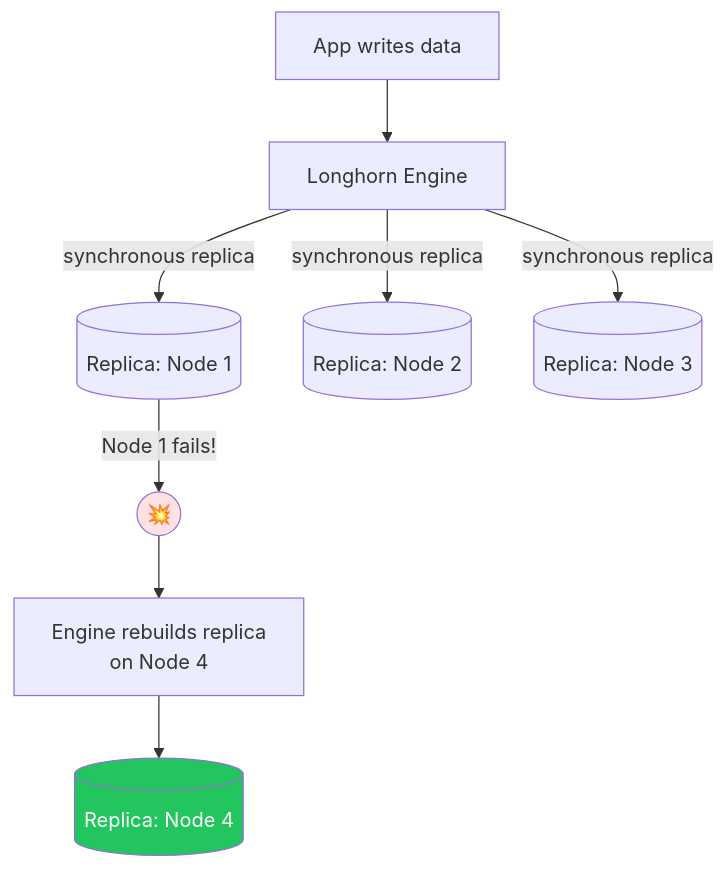
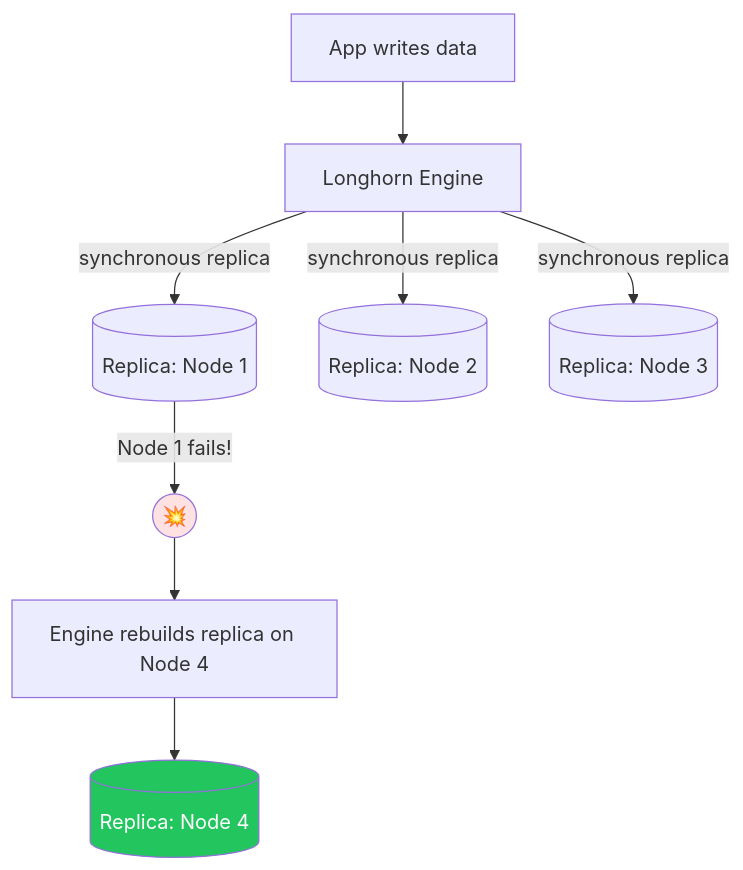
Before and after one commit to UncleJS/course_k3s: the third of 4 diagrams in 05_storage/03_longhorn_setup.md, drawn with Mermaid. The commit also changed other lines of this file and 57 other files, not shown here.

````diff
--- a/05_storage/03_longhorn_setup.md
+++ b/05_storage/03_longhorn_setup.md
@@ -254,14 +254,14 @@
 ```mermaid
 flowchart TD
     WRITE[App writes data] --> ENG[Longhorn Engine]
     ENG -->|"synchronous replica"| R1[(Replica: Node 1)]
     ENG -->|"synchronous replica"| R2[(Replica: Node 2)]
     ENG -->|"synchronous replica"| R3[(Replica: Node 3)]
 
     R1 -->|"Node 1 fails!"| FAIL((💥))
-    FAIL --> REBUILD[Engine rebuilds replica\non Node 4]
+    FAIL --> REBUILD[Engine rebuilds replica on Node 4]
     REBUILD --> R4[(Replica: Node 4)]
 
     style FAIL fill:#fee2e2
     style R4 fill:#22c55e,color:#fff
 ```
````
